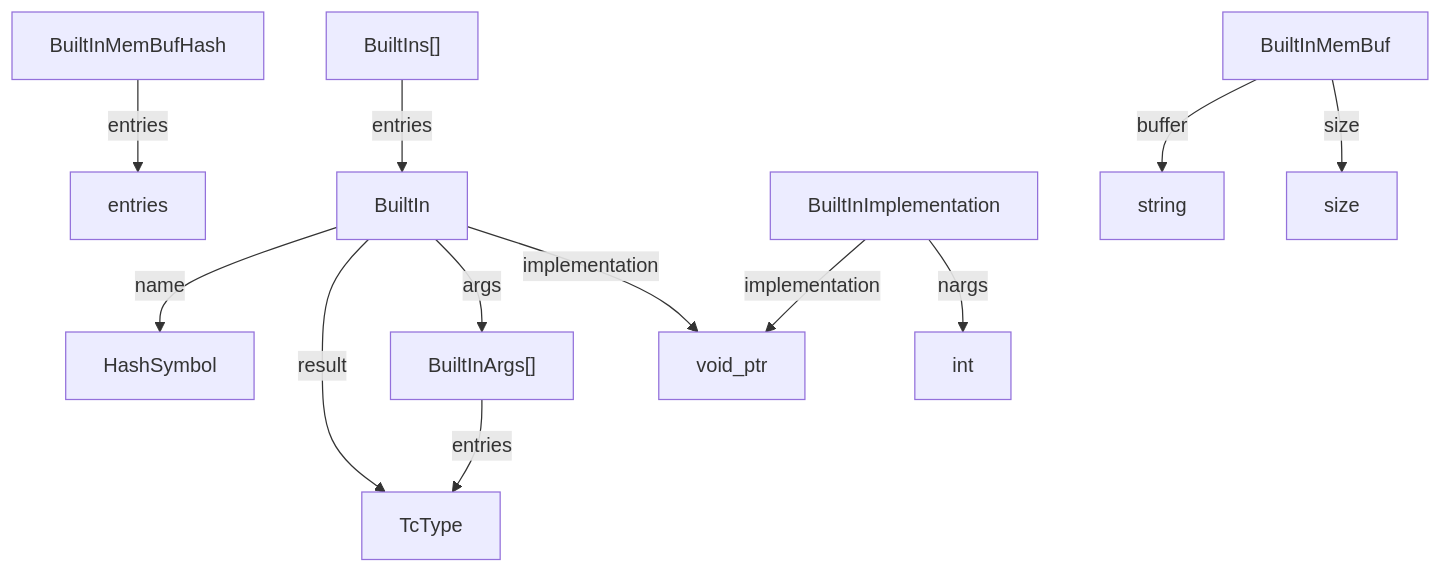
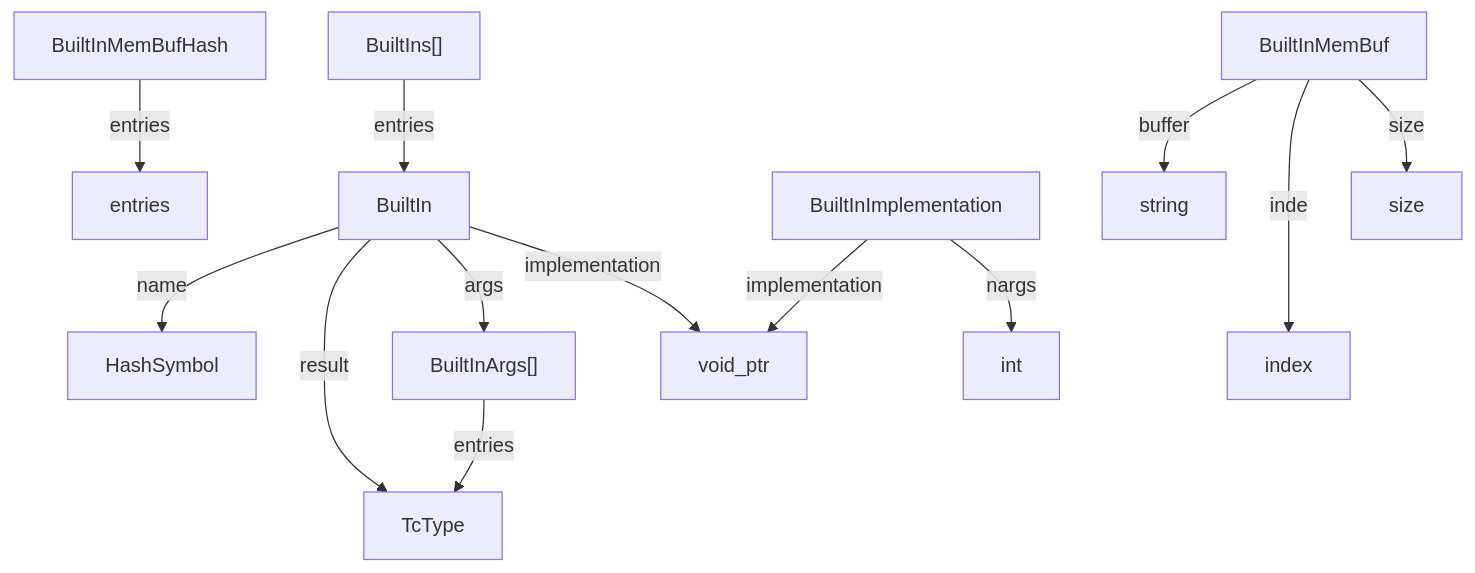
One commit to billhails/CEKF changed the diagram in docs/generated/builtins.md. Above: the diagram before and after it, drawn with Mermaid. The commit also changed 16 other files, not shown here.

````diff
--- a/docs/generated/builtins.md
+++ b/docs/generated/builtins.md
@@ -5,14 +5,15 @@
 ```mermaid
 flowchart TD
 BuiltInMemBufHash --entries--> entries
 BuiltIn --name--> HashSymbol
 BuiltIn --result--> TcType
 BuiltIn --args--> BuiltInArgs
 BuiltIn --implementation--> void_ptr
 BuiltInImplementation --implementation--> void_ptr
 BuiltInImplementation --nargs--> int
 BuiltInMemBuf --buffer--> string
+BuiltInMemBuf --index--> index
 BuiltInMemBuf --size--> size
 BuiltInArgs["BuiltInArgs[]"] --entries--> TcType
 BuiltIns["BuiltIns[]"] --entries--> BuiltIn
 ```
````
